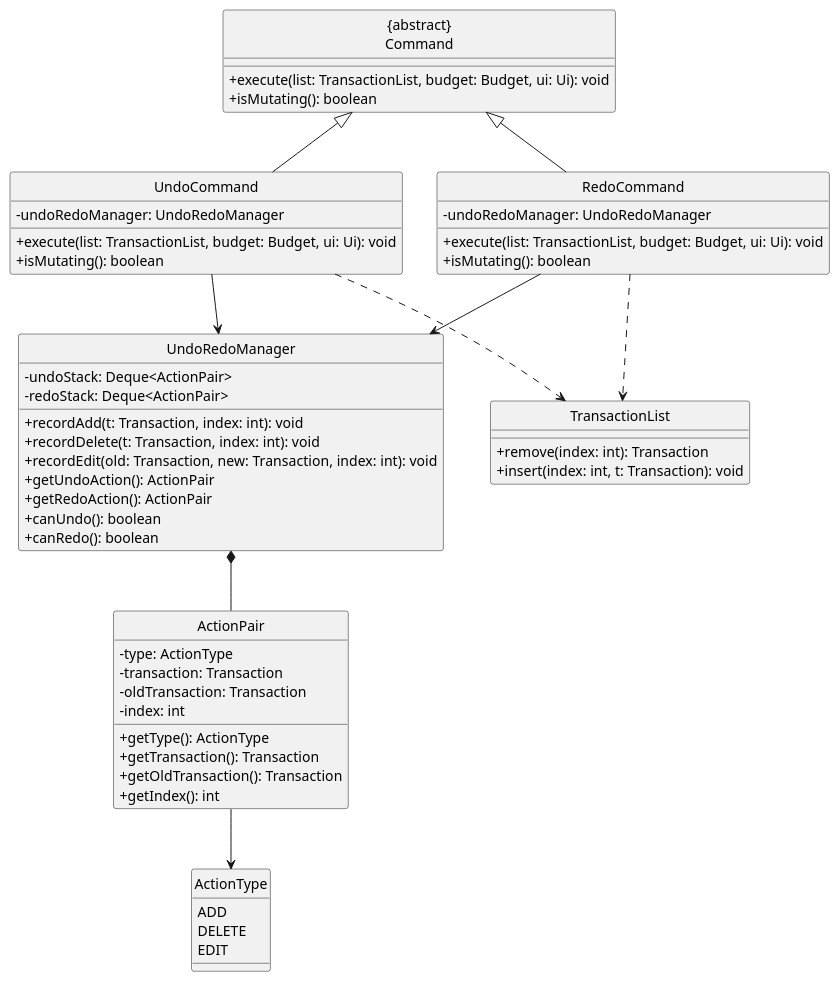
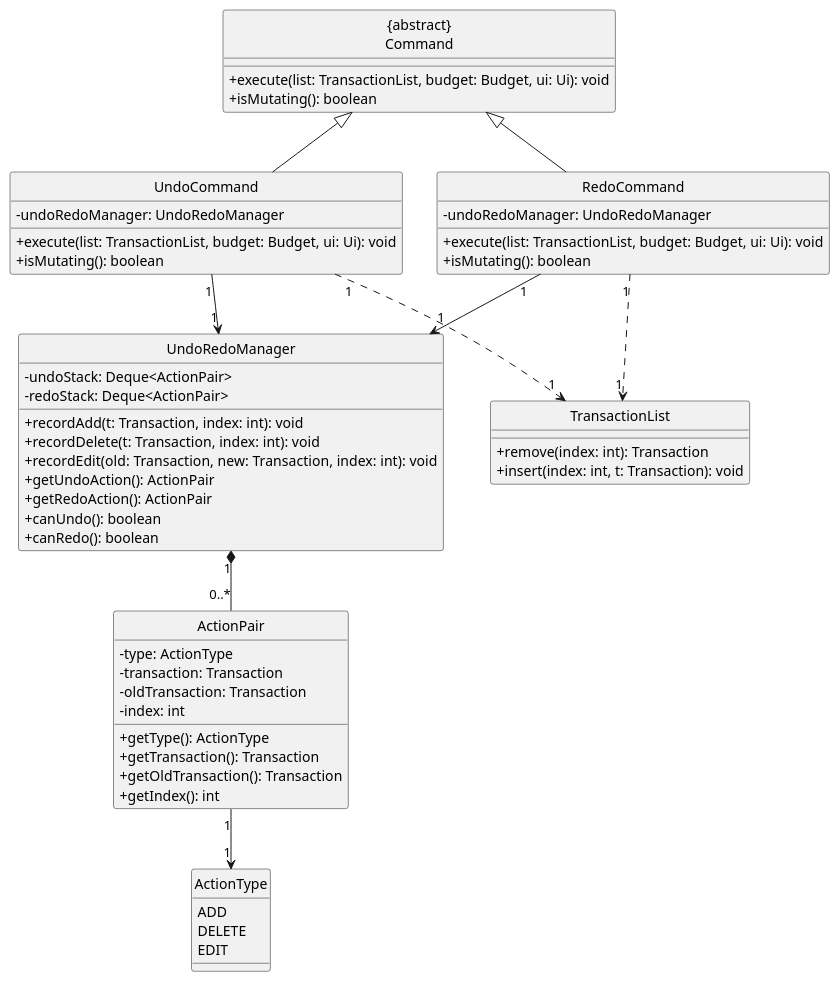
The diagram in docs/diagrams/UndoRedoClassDiagram.puml (AY2526S2-CS2113-T14-4/tp), drawn with PlantUML before and after one commit. The commit also changed 1 other file, not shown here.

Commit message:
Update UndoRedoClassDiagram and its PNG

```diff
--- a/docs/diagrams/UndoRedoClassDiagram.puml
+++ b/docs/diagrams/UndoRedoClassDiagram.puml
@@ -1,64 +1,64 @@
 @startuml
 hide circle
 skinparam classAttributeIconSize 0
 
 class "{abstract}\nCommand" as Command {
   +execute(list: TransactionList, budget: Budget, ui: Ui): void
   +isMutating(): boolean
 }
 
 class UndoCommand {
   -undoRedoManager: UndoRedoManager
   +execute(list: TransactionList, budget: Budget, ui: Ui): void
   +isMutating(): boolean
 }
 
 class RedoCommand {
   -undoRedoManager: UndoRedoManager
   +execute(list: TransactionList, budget: Budget, ui: Ui): void
   +isMutating(): boolean
 }
 
 class UndoRedoManager {
   -undoStack: Deque<ActionPair>
   -redoStack: Deque<ActionPair>
   +recordAdd(t: Transaction, index: int): void
   +recordDelete(t: Transaction, index: int): void
   +recordEdit(old: Transaction, new: Transaction, index: int): void
   +getUndoAction(): ActionPair
   +getRedoAction(): ActionPair
   +canUndo(): boolean
   +canRedo(): boolean
 }
 
 class ActionPair {
   -type: ActionType
   -transaction: Transaction
   -oldTransaction: Transaction
   -index: int
   +getType(): ActionType
   +getTransaction(): Transaction
   +getOldTransaction(): Transaction
   +getIndex(): int
 }
 
 enum ActionType {
   ADD
   DELETE
   EDIT
 }
 
 class TransactionList {
   +remove(index: int): Transaction
   +insert(index: int, t: Transaction): void
 }
 
 Command <|-- UndoCommand
 Command <|-- RedoCommand
-UndoCommand --> UndoRedoManager
-RedoCommand --> UndoRedoManager
-UndoRedoManager *-- ActionPair
-ActionPair --> ActionType
-UndoCommand ..> TransactionList
-RedoCommand ..> TransactionList
+UndoCommand "1" --> "1" UndoRedoManager
+RedoCommand "1" --> "1" UndoRedoManager
+UndoRedoManager "1" *-- "0..*" ActionPair
+ActionPair "1" --> "1" ActionType
+UndoCommand "1" ..> "1" TransactionList
+RedoCommand "1" ..> "1" TransactionList
 @enduml
```
